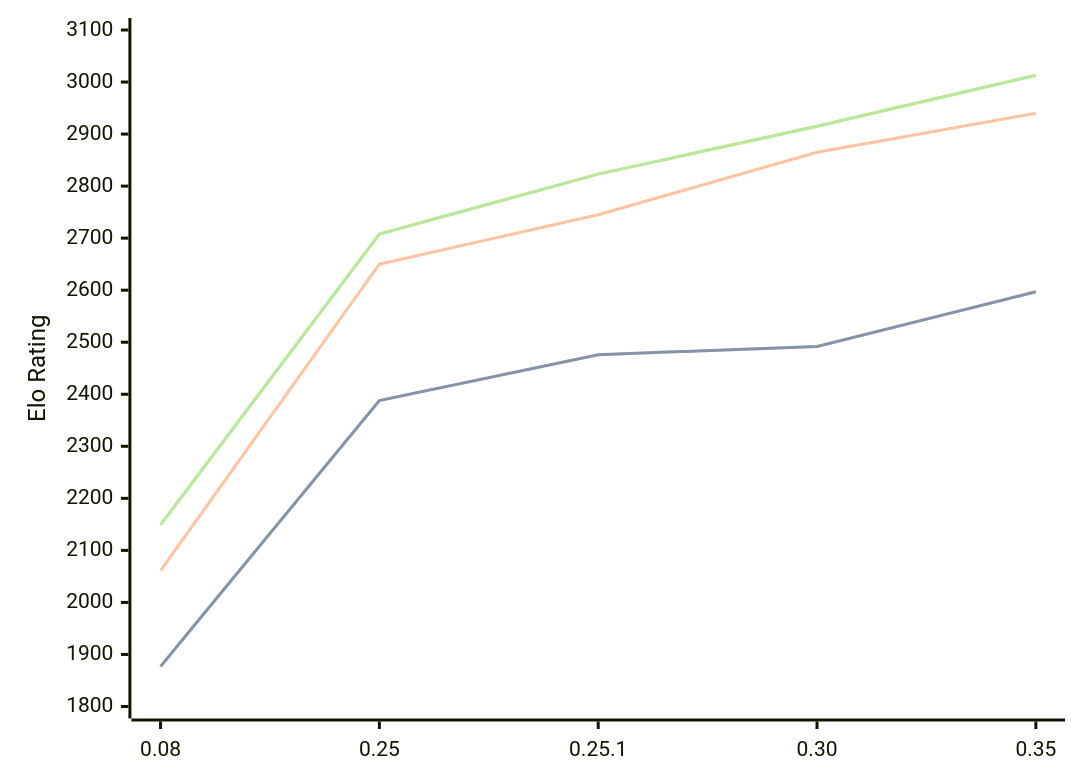
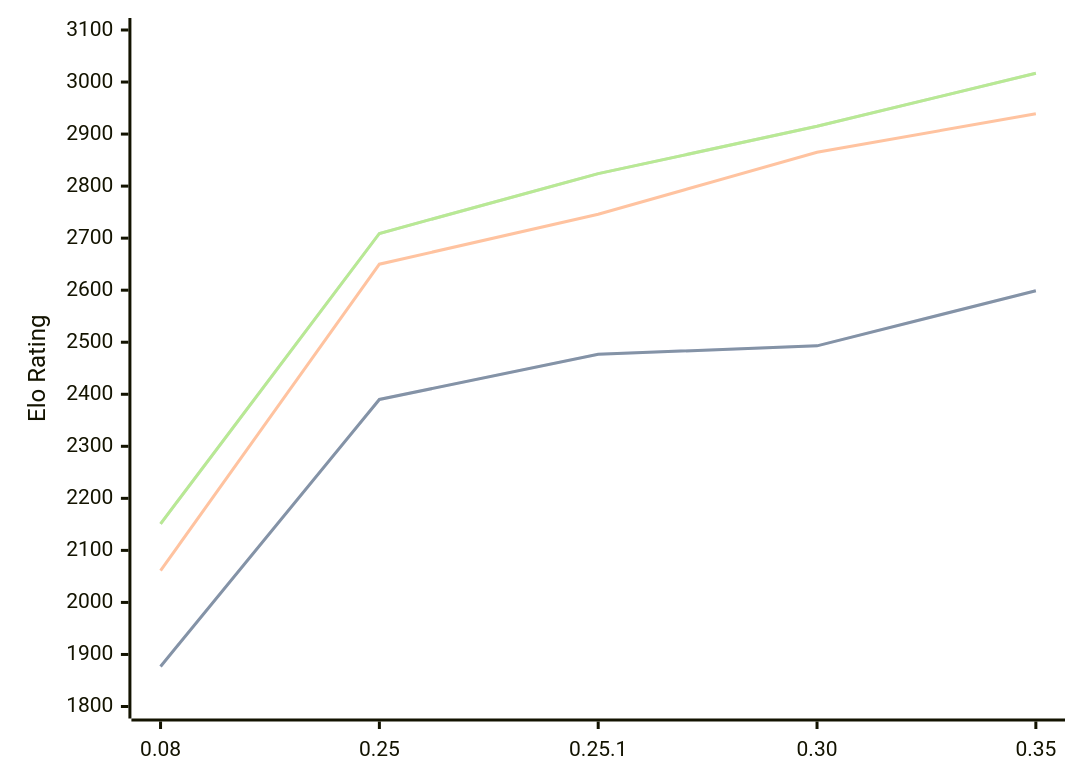
One commit to computer-chess-index/cci changed the diagram in engines/Gecko.md. Above: the diagram before and after it, drawn with Mermaid. The commit also changed other lines of this file, not shown here.

Commit message:
Update CCI Ratings (ELO VLTC) - 2026-05-21

````diff
--- a/engines/Gecko.md
+++ b/engines/Gecko.md
@@ -35,11 +35,11 @@
 ```mermaid
 %%{init: {"theme":"base","themeVariables":{"seriesColors:['#a3a3a3','#222221','#faa371']}}}%%
 xychart-beta
   x-axis ["0.08", "0.25", "0.25.1", "0.30", "0.35"]
   y-axis "Elo Rating" 1800 --> 3100
-  line "STC (8.0+0.08s)" [1877, 2388, 2476, 2492, 2597]
-  line "STC (8.0+0.08s)" [1877, 2388, 2476, 2492, 2597]
-  line "LTC (60.0+0.60s)" [2061, 2650, 2745, 2865, 2940]
-  line "VLTC (2m24s+1.12s)" [2149, 2708, 2823, 2915, 3013]
-  line "VLTC (2m24s+1.12s)" [2149, 2708, 2823, 2915, 3013]
+  line "STC (8.0+0.08s)" [1877, 2390, 2477, 2493, 2599]
+  line "STC (8.0+0.08s)" [1877, 2390, 2477, 2493, 2599]
+  line "LTC (60.0+0.60s)" [2061, 2650, 2746, 2865, 2939]
+  line "VLTC (2m24s+1.12s)" [2151, 2709, 2824, 2915, 3017]
+  line "VLTC (2m24s+1.12s)" [2151, 2709, 2824, 2915, 3017]
 ```
````
